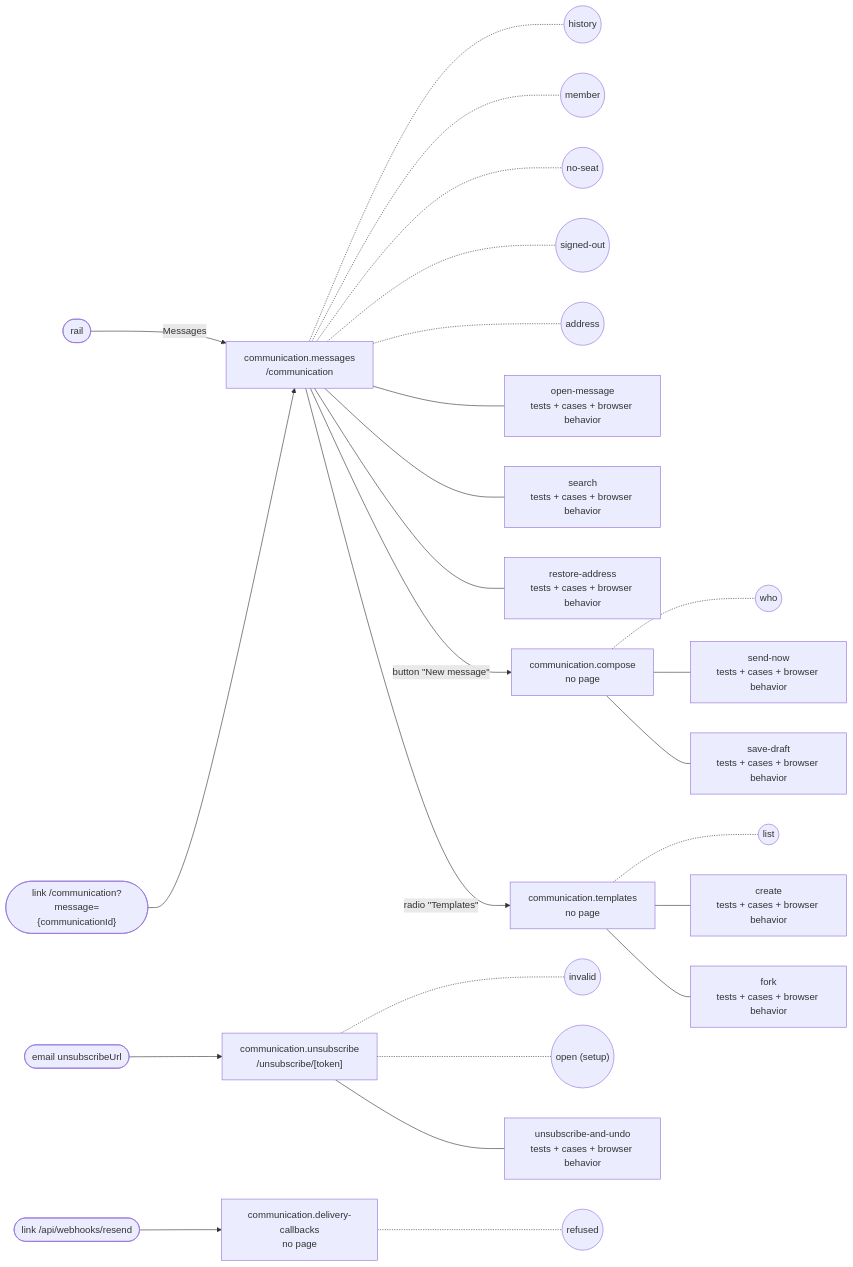
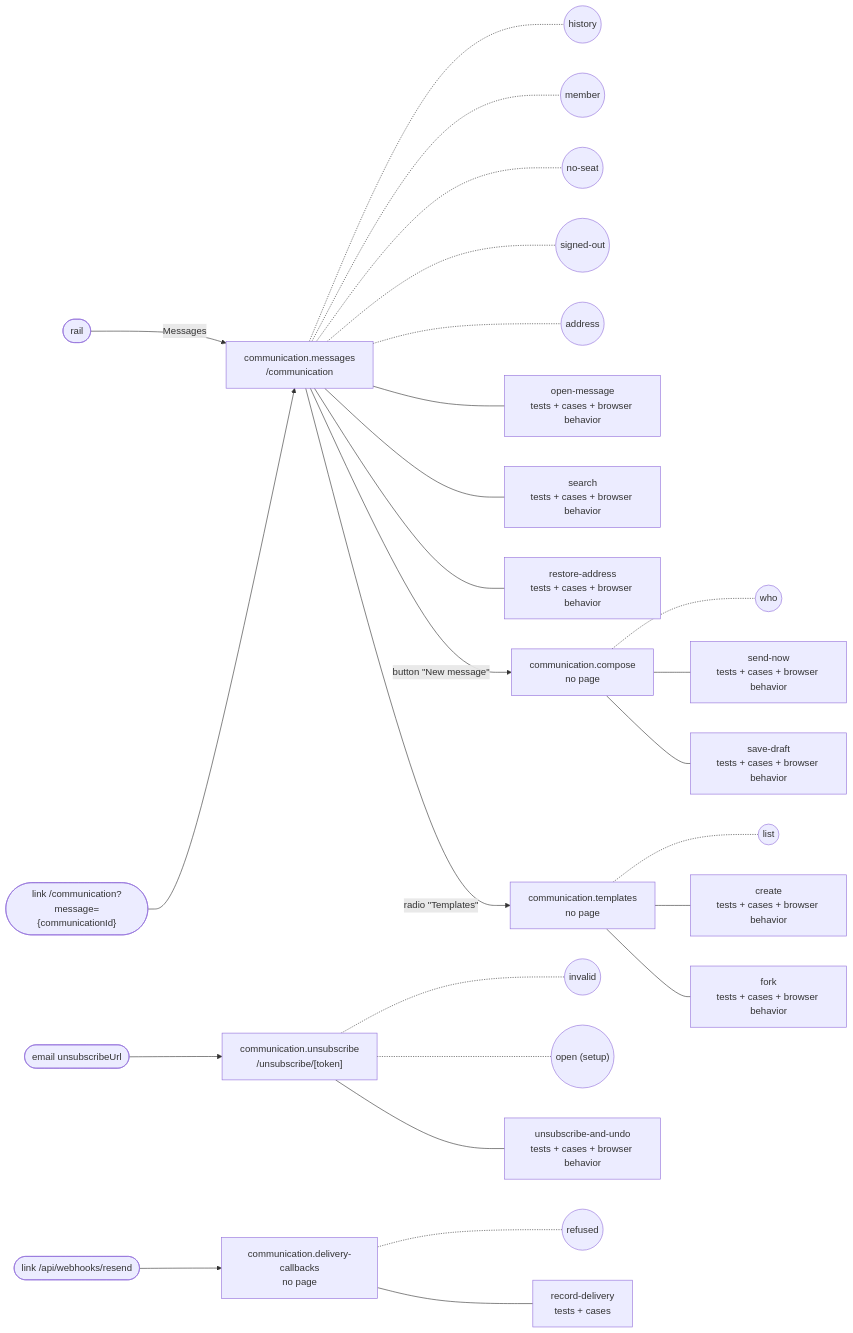
Before and after one commit to SebastianGarces/everyfield: the diagram in docs/feature-maps/communication.md, drawn with Mermaid. The commit also changed other lines of this file and 6 other files, not shown here.

````diff
--- a/docs/feature-maps/communication.md
+++ b/docs/feature-maps/communication.md
@@ -6,36 +6,37 @@
 ```mermaid
 flowchart LR
   rail(["rail"])
   s0_link1(["link /communication?message={communicationId}"])
   s3_link0(["email unsubscribeUrl"])
   s4_link0(["link /api/webhooks/resend"])
   s0["communication.messages<br/>/communication"]
   rail -- "Messages" --> s0
   s0_link1 --> s0
   s0 -.- s0_st0(("history"))
   s0 -.- s0_st1(("member"))
   s0 -.- s0_st2(("no-seat"))
   s0 -.- s0_st3(("signed-out"))
   s0 -.- s0_st4(("address"))
   s0 --- s0_b0["open-message<br/>tests + cases + browser behavior"]
   s0 --- s0_b1["search<br/>tests + cases + browser behavior"]
   s0 --- s0_b2["restore-address<br/>tests + cases + browser behavior"]
   s1["communication.compose<br/>no page"]
   s0 -- "button #quot;New message#quot;" --> s1
   s1 -.- s1_st0(("who"))
   s1 --- s1_b0["send-now<br/>tests + cases + browser behavior"]
   s1 --- s1_b1["save-draft<br/>tests + cases + browser behavior"]
   s2["communication.templates<br/>no page"]
   s0 -- "radio #quot;Templates#quot;" --> s2
   s2 -.- s2_st0(("list"))
   s2 --- s2_b0["create<br/>tests + cases + browser behavior"]
   s2 --- s2_b1["fork<br/>tests + cases + browser behavior"]
   s3["communication.unsubscribe<br/>/unsubscribe/[token]"]
   s3_link0 --> s3
   s3 -.- s3_st0(("invalid"))
   s3 -.- s3_st1(("open (setup)"))
   s3 --- s3_b0["unsubscribe-and-undo<br/>tests + cases + browser behavior"]
   s4["communication.delivery-callbacks<br/>no page"]
   s4_link0 --> s4
   s4 -.- s4_st0(("refused"))
+  s4 --- s4_b0["record-delivery<br/>tests + cases"]
 ```
````
